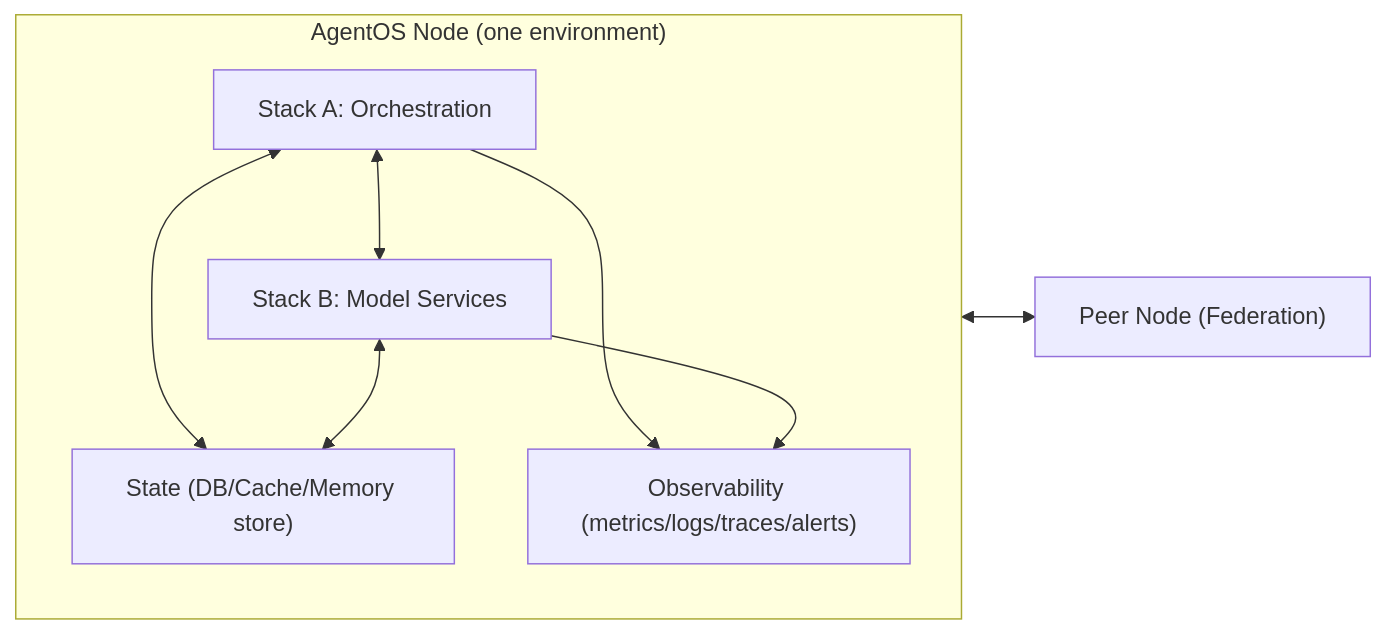
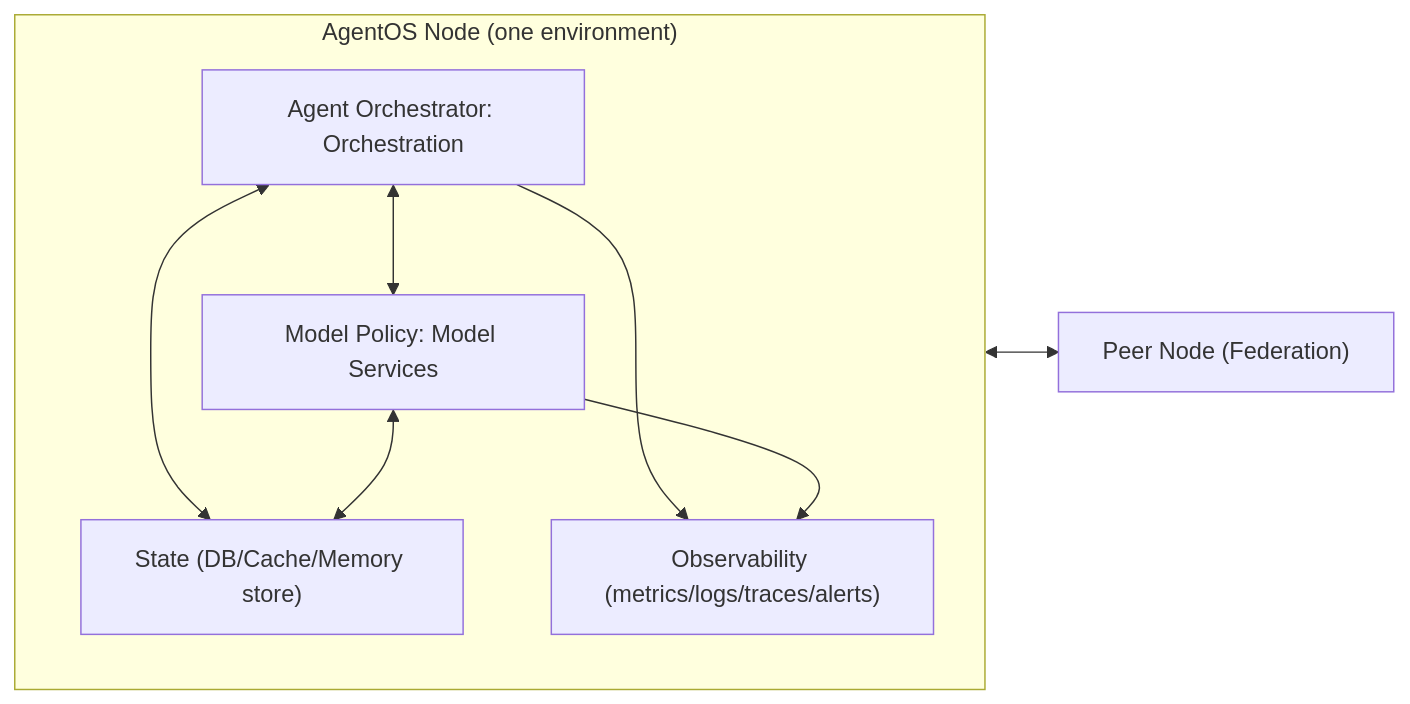
One commit to NexixAI/nexixai-agentos-platform changed the diagram in docs/design/v1.02/agentos-design.md. Above: the diagram before and after it, drawn with Mermaid. The commit also changed other lines of this file and 59 other files, not shown here.

Commit message:
hygiene: rename Stack A/B to Agent Orchestrator/Model Policy

````diff
--- a/docs/design/v1.02/agentos-design.md
+++ b/docs/design/v1.02/agentos-design.md
@@ -33,16 +33,16 @@
 ```mermaid
 flowchart LR
   subgraph Node["AgentOS Node (one environment)"]
-    A["Stack A: Orchestration"]
-    B["Stack B: Model Services"]
+    A["Agent Orchestrator: Orchestration"]
+    B["Model Policy: Model Services"]
     O["Observability (metrics/logs/traces/alerts)"]
     S["State (DB/Cache/Memory store)"]
     A <--> B
     A <--> S
     B <--> S
     A --> O
     B --> O
   end
 
   Node <--> Peer["Peer Node (Federation)"]
 ```
````
